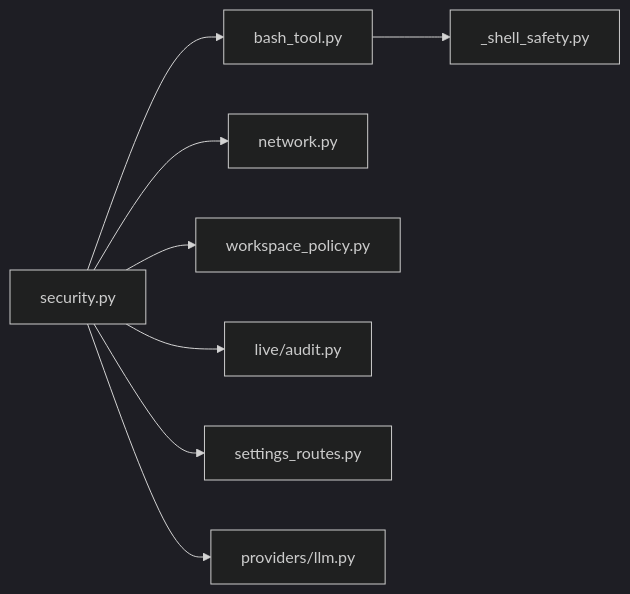
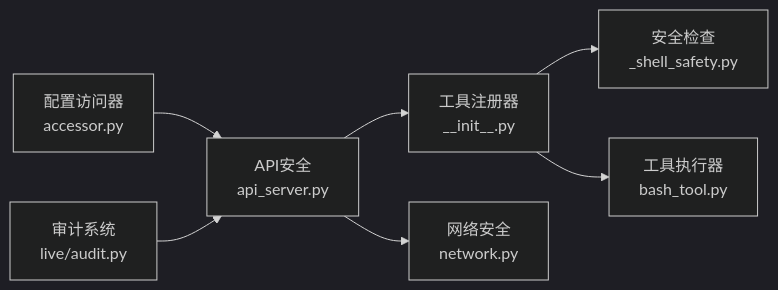
One commit to 20012002er/Vibe-Trading changed the fifth of 5 diagrams in .qoder/repowiki/zh/content/AI代理系统/工具系统/工具安全控制.md. Above: the diagram before and after it, drawn with Mermaid (dark theme). The commit also changed other lines of this file and 7 other files, not shown here.

````diff
--- a/.qoder/repowiki/zh/content/AI代理系统/工具系统/工具安全控制.md
+++ b/.qoder/repowiki/zh/content/AI代理系统/工具系统/工具安全控制.md
@@ -280,10 +265,9 @@
 ```mermaid
 graph LR
-Sec["security.py"] --> Bash["bash_tool.py"]
-Bash --> Safe["_shell_safety.py"]
-Sec --> Net["network.py"]
-Sec --> Work["workspace_policy.py"]
-Sec --> Aud["live/audit.py"]
-Sec --> Set["settings_routes.py"]
-Sec --> LLM["providers/llm.py"]
+Registry["工具注册器<br/>__init__.py"] --> Safety["安全检查<br/>_shell_safety.py"]
+Registry --> Tools["工具执行器<br/>bash_tool.py"]
+Security["API安全<br/>api_server.py"] --> Registry
+Security --> Network["网络安全<br/>network.py"]
+Config["配置访问器<br/>accessor.py"] --> Security
+Audit["审计系统<br/>live/audit.py"] --> Security
 ```
````
